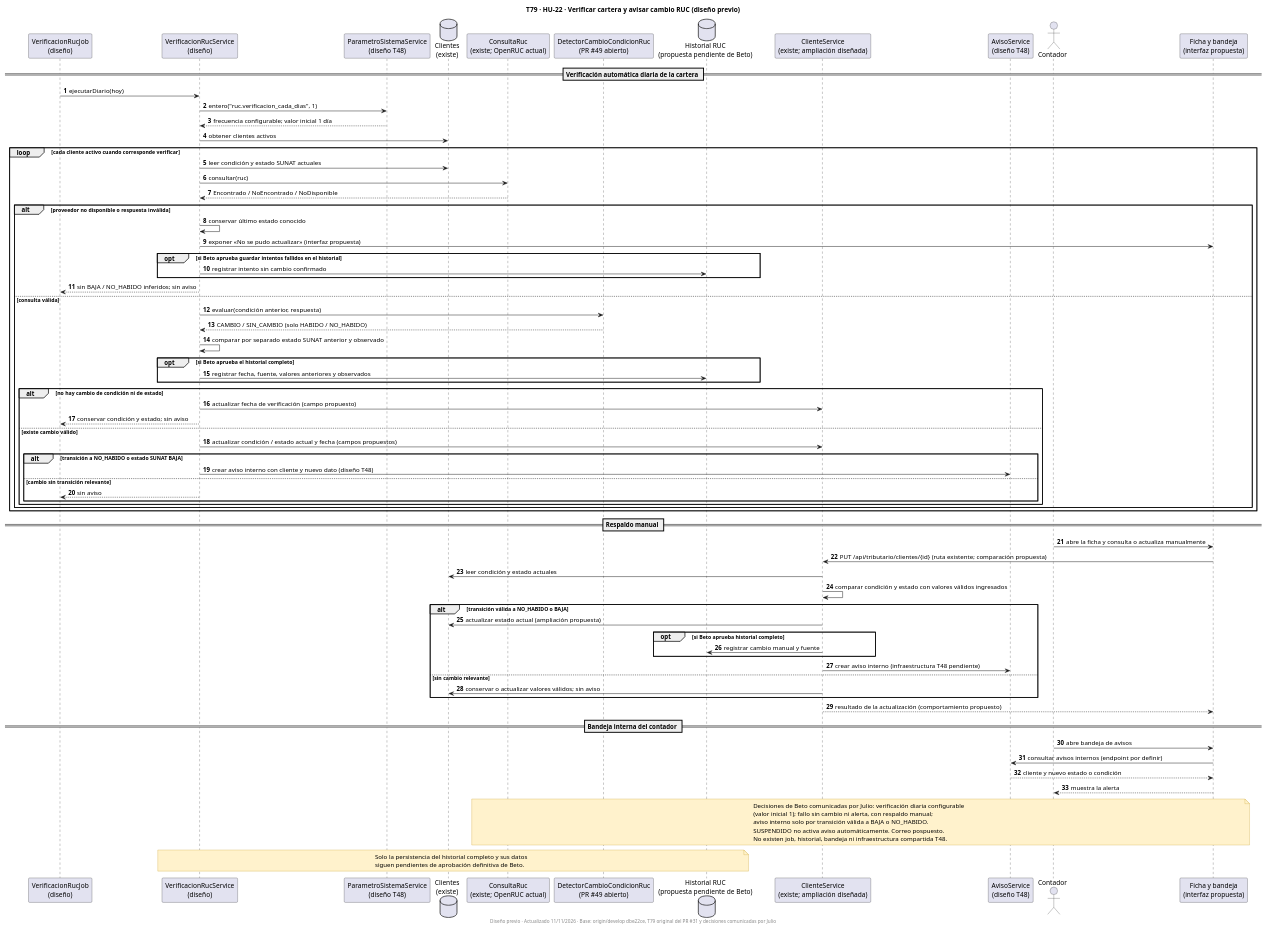
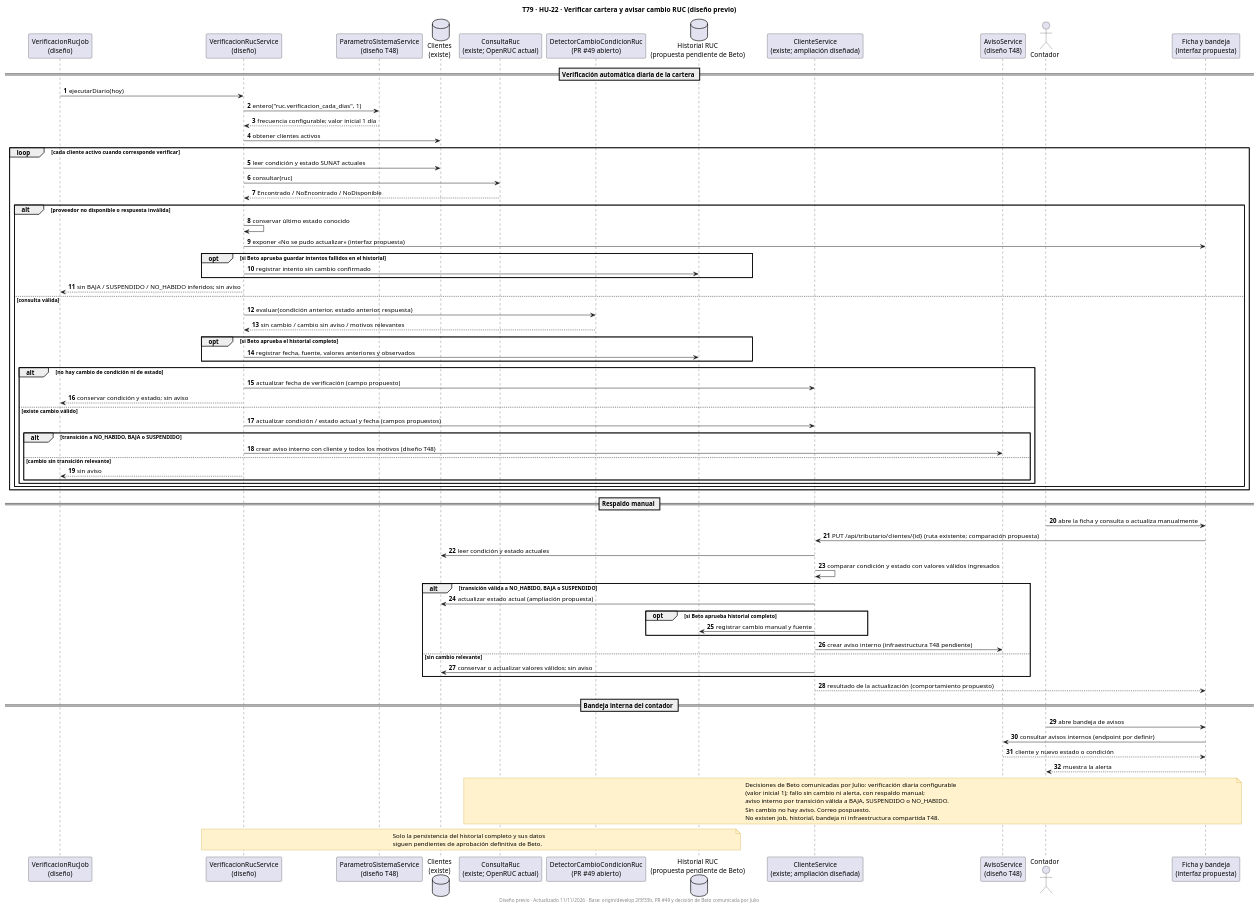
The diagram in docs/uml/T79-HU22-secuencia-verificar-condicion.puml (fabianrodriguez33/plus-contable), drawn with PlantUML before and after one commit. The commit also changed 5 other files, not shown here.

```diff
--- a/docs/uml/T79-HU22-secuencia-verificar-condicion.puml
+++ b/docs/uml/T79-HU22-secuencia-verificar-condicion.puml
@@ -1,91 +1,90 @@
 @startuml
 title T79 · HU-22 · Verificar cartera y avisar cambio RUC (diseño previo)
 skinparam shadowing false
 skinparam noteBackgroundColor #FFF2CC
 skinparam noteBorderColor #BF9000
 autonumber
 
 participant "VerificacionRucJob\n(diseño)" as J
 participant "VerificacionRucService\n(diseño)" as VS
 participant "ParametroSistemaService\n(diseño T48)" as PS
 database "Clientes\n(existe)" as C
 participant "ConsultaRuc\n(existe; OpenRUC actual)" as CR
 participant "DetectorCambioCondicionRuc\n(PR #49 abierto)" as DC
 database "Historial RUC\n(propuesta pendiente de Beto)" as H
 participant "ClienteService\n(existe; ampliación diseñada)" as CS
 participant "AvisoService\n(diseño T48)" as AS
 actor "Contador" as U
 participant "Ficha y bandeja\n(interfaz propuesta)" as FE
 
 == Verificación automática diaria de la cartera ==
 J -> VS : ejecutarDiario(hoy)
 VS -> PS : entero("ruc.verificacion_cada_dias", 1)
 PS --> VS : frecuencia configurable; valor inicial 1 día
 VS -> C : obtener clientes activos
 loop cada cliente activo cuando corresponde verificar
   VS -> C : leer condición y estado SUNAT actuales
   VS -> CR : consultar(ruc)
   CR --> VS : Encontrado / NoEncontrado / NoDisponible
   alt proveedor no disponible o respuesta inválida
     VS -> VS : conservar último estado conocido
     VS -> FE : exponer «No se pudo actualizar» (interfaz propuesta)
     opt si Beto aprueba guardar intentos fallidos en el historial
       VS -> H : registrar intento sin cambio confirmado
     end
-    VS --> J : sin BAJA / NO_HABIDO inferidos; sin aviso
+    VS --> J : sin BAJA / SUSPENDIDO / NO_HABIDO inferidos; sin aviso
   else consulta válida
-    VS -> DC : evaluar(condición anterior, respuesta)
-    DC --> VS : CAMBIO / SIN_CAMBIO (solo HABIDO / NO_HABIDO)
-    VS -> VS : comparar por separado estado SUNAT anterior y observado
+    VS -> DC : evaluar(condición anterior, estado anterior, respuesta)
+    DC --> VS : sin cambio / cambio sin aviso / motivos relevantes
     opt si Beto aprueba el historial completo
       VS -> H : registrar fecha, fuente, valores anteriores y observados
     end
     alt no hay cambio de condición ni de estado
       VS -> CS : actualizar fecha de verificación (campo propuesto)
       VS --> J : conservar condición y estado; sin aviso
     else existe cambio válido
       VS -> CS : actualizar condición / estado actual y fecha (campos propuestos)
-      alt transición a NO_HABIDO o estado SUNAT BAJA
-        VS -> AS : crear aviso interno con cliente y nuevo dato (diseño T48)
+      alt transición a NO_HABIDO, BAJA o SUSPENDIDO
+        VS -> AS : crear aviso interno con cliente y todos los motivos (diseño T48)
       else cambio sin transición relevante
         VS --> J : sin aviso
       end
     end
   end
 end
 
 == Respaldo manual ==
 U -> FE : abre la ficha y consulta o actualiza manualmente
 FE -> CS : PUT /api/tributario/clientes/{id} (ruta existente; comparación propuesta)
 CS -> C : leer condición y estado actuales
 CS -> CS : comparar condición y estado con valores válidos ingresados
-alt transición válida a NO_HABIDO o BAJA
+alt transición válida a NO_HABIDO, BAJA o SUSPENDIDO
   CS -> C : actualizar estado actual (ampliación propuesta)
   opt si Beto aprueba historial completo
     CS -> H : registrar cambio manual y fuente
   end
   CS -> AS : crear aviso interno (infraestructura T48 pendiente)
 else sin cambio relevante
   CS -> C : conservar o actualizar valores válidos; sin aviso
 end
 CS --> FE : resultado de la actualización (comportamiento propuesto)
 
 == Bandeja interna del contador ==
 U -> FE : abre bandeja de avisos
 FE -> AS : consultar avisos internos (endpoint por definir)
 AS --> FE : cliente y nuevo estado o condición
 FE --> U : muestra la alerta
 
 note over CR,FE
   Decisiones de Beto comunicadas por Julio: verificación diaria configurable
   (valor inicial 1); fallo sin cambio ni alerta, con respaldo manual;
-  aviso interno solo por transición válida a BAJA o NO_HABIDO.
-  SUSPENDIDO no activa aviso automáticamente. Correo pospuesto.
+  aviso interno por transición válida a BAJA, SUSPENDIDO o NO_HABIDO.
+  Sin cambio no hay aviso. Correo pospuesto.
   No existen job, historial, bandeja ni infraestructura compartida T48.
 end note
 note over VS,H
   Solo la persistencia del historial completo y sus datos
   siguen pendientes de aprobación definitiva de Beto.
 end note
-footer Diseño previo · Actualizado 11/11/2026 · Base: origin/develop dbe22ce, T79 original del PR #31 y decisiones comunicadas por Julio
+footer Diseño previo · Actualizado 11/11/2026 · Base: origin/develop 2f3f33b, PR #49 y decisión de Beto comunicada por Julio
 @enduml
```
